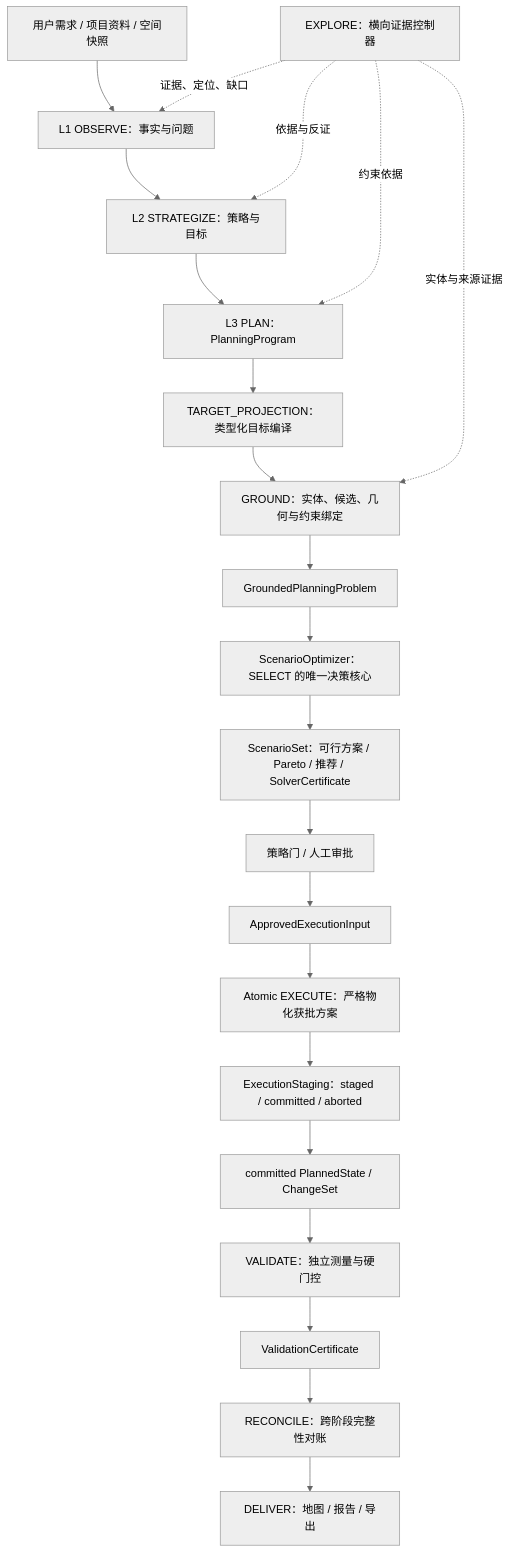
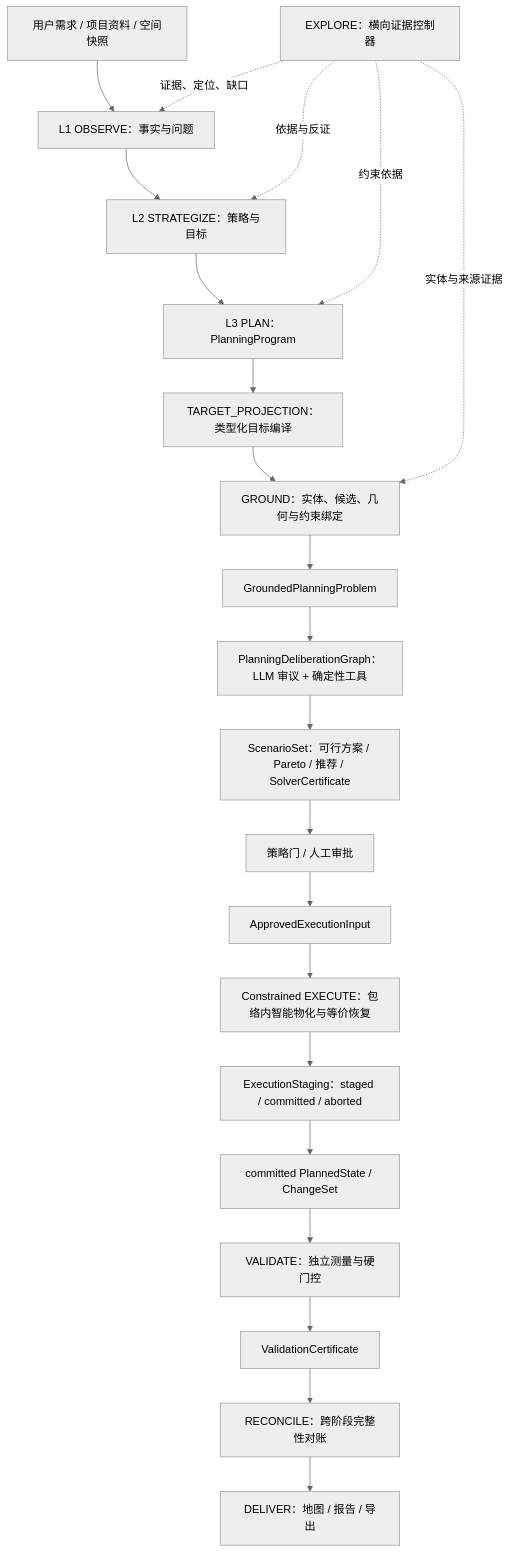
Before and after one commit to hanyi690/Village_Planning_Agent: the diagram in docs/design/00_SYSTEM_DESIGN.md, drawn with Mermaid (neutral theme). The commit also changed other lines of this file and 13 other files, not shown here.

Commit message:
docs: update planning architecture and migration records

````diff
--- a/docs/design/00_SYSTEM_DESIGN.md
+++ b/docs/design/00_SYSTEM_DESIGN.md
@@ -65,24 +68,24 @@
 ```mermaid
 flowchart TD
     Input["用户需求 / 项目资料 / 空间快照"] --> L1["L1 OBSERVE：事实与问题"]
     L1 --> L2["L2 STRATEGIZE：策略与目标"]
     L2 --> L3["L3 PLAN：PlanningProgram"]
     Explore["EXPLORE：横向证据控制器"] -. "证据、定位、缺口" .-> L1
     Explore -. "依据与反证" .-> L2
     Explore -. "约束依据" .-> L3
     Explore -. "实体与来源证据" .-> Ground
     L3 --> Projection["TARGET_PROJECTION：类型化目标编译"]
     Projection --> Ground["GROUND：实体、候选、几何与约束绑定"]
     Ground --> Problem["GroundedPlanningProblem"]
-    Problem --> Optimizer["ScenarioOptimizer：SELECT 的唯一决策核心"]
+    Problem --> Optimizer["PlanningDeliberationGraph：LLM 审议 + 确定性工具"]
     Optimizer --> Set["ScenarioSet：可行方案 / Pareto / 推荐 / SolverCertificate"]
     Set --> Approval["策略门 / 人工审批"]
     Approval --> Approved["ApprovedExecutionInput"]
-    Approved --> Execute["Atomic EXECUTE：严格物化获批方案"]
+    Approved --> Execute["Constrained EXECUTE：包络内智能物化与等价恢复"]
     Execute --> Staging["ExecutionStaging：staged / committed / aborted"]
     Staging --> State["committed PlannedState / ChangeSet"]
     State --> Validate["VALIDATE：独立测量与硬门控"]
     Validate --> Certificate["ValidationCertificate"]
     Certificate --> Reconcile["RECONCILE：跨阶段完整性对账"]
     Reconcile --> Deliver["DELIVER：地图 / 报告 / 导出"]
 ```
````
